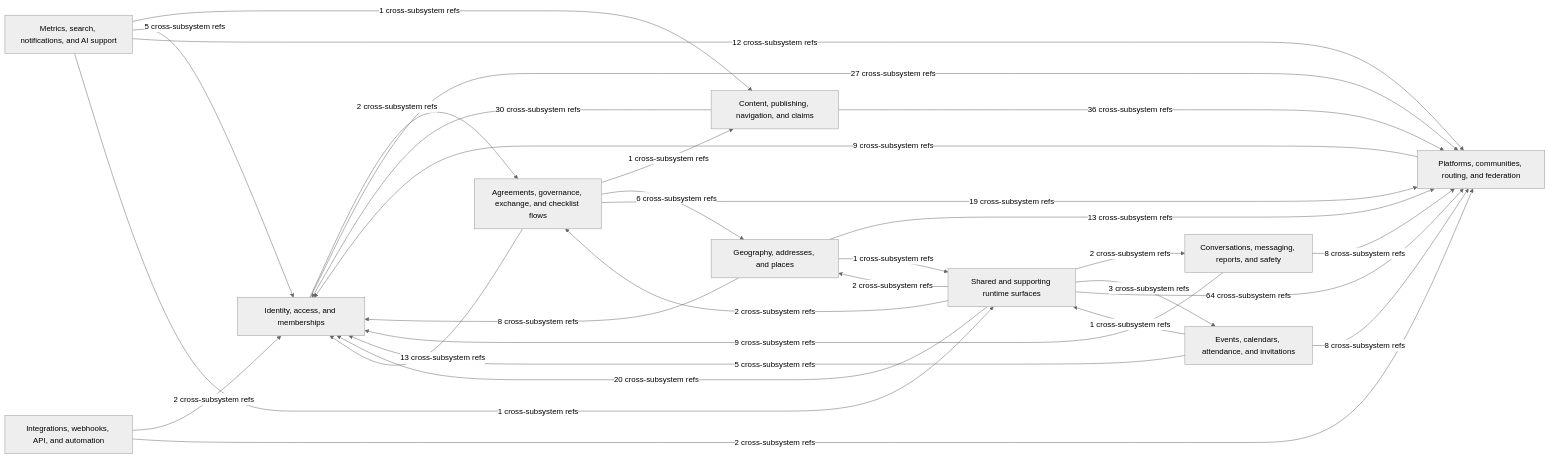
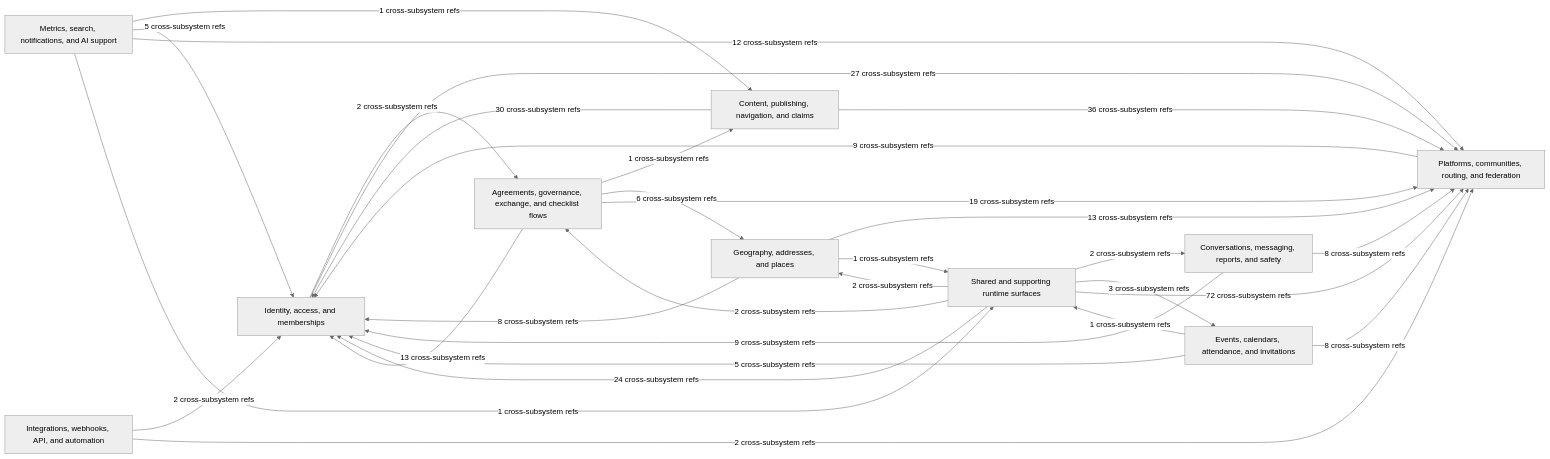
One commit to better-together-org/community-engine-rails changed the diagram in docs/diagrams/source/ce_subsystem_interaction_map.mmd. Above: the diagram before and after it, drawn with Mermaid (neutral theme). The commit also changed 135 other files, not shown here.

```diff
--- a/docs/diagrams/source/ce_subsystem_interaction_map.mmd
+++ b/docs/diagrams/source/ce_subsystem_interaction_map.mmd
@@ -1,42 +1,42 @@
 %% Generated by scripts/export_subsystem_diagrams.rb
 flowchart LR
   identity_access["Identity, access, and memberships"]
   platform_network["Platforms, communities, routing, and federation"]
   content_publishing["Content, publishing, navigation, and claims"]
   geography_and_places["Geography, addresses, and places"]
   events_calendar["Events, calendars, attendance, and invitations"]
   conversations_safety["Conversations, messaging, reports, and safety"]
   exchange_governance["Agreements, governance, exchange, and checklist flows"]
   metrics_search_ai["Metrics, search, notifications, and AI support"]
   integrations_webhooks["Integrations, webhooks, API, and automation"]
   shared_supporting["Shared and supporting runtime surfaces"]
 
   content_publishing -->|30 cross-subsystem refs| identity_access
   content_publishing -->|36 cross-subsystem refs| platform_network
   conversations_safety -->|9 cross-subsystem refs| identity_access
   conversations_safety -->|8 cross-subsystem refs| platform_network
   events_calendar -->|5 cross-subsystem refs| identity_access
   events_calendar -->|8 cross-subsystem refs| platform_network
   events_calendar -->|1 cross-subsystem refs| shared_supporting
   exchange_governance -->|1 cross-subsystem refs| content_publishing
   exchange_governance -->|6 cross-subsystem refs| geography_and_places
   exchange_governance -->|13 cross-subsystem refs| identity_access
   exchange_governance -->|19 cross-subsystem refs| platform_network
   geography_and_places -->|8 cross-subsystem refs| identity_access
   geography_and_places -->|13 cross-subsystem refs| platform_network
   geography_and_places -->|1 cross-subsystem refs| shared_supporting
   identity_access -->|2 cross-subsystem refs| exchange_governance
   identity_access -->|27 cross-subsystem refs| platform_network
   integrations_webhooks -->|2 cross-subsystem refs| identity_access
   integrations_webhooks -->|2 cross-subsystem refs| platform_network
   metrics_search_ai -->|1 cross-subsystem refs| content_publishing
   metrics_search_ai -->|5 cross-subsystem refs| identity_access
   metrics_search_ai -->|12 cross-subsystem refs| platform_network
   metrics_search_ai -->|1 cross-subsystem refs| shared_supporting
   platform_network -->|9 cross-subsystem refs| identity_access
   shared_supporting -->|2 cross-subsystem refs| conversations_safety
   shared_supporting -->|3 cross-subsystem refs| events_calendar
   shared_supporting -->|2 cross-subsystem refs| exchange_governance
   shared_supporting -->|2 cross-subsystem refs| geography_and_places
-  shared_supporting -->|20 cross-subsystem refs| identity_access
-  shared_supporting -->|64 cross-subsystem refs| platform_network
+  shared_supporting -->|24 cross-subsystem refs| identity_access
+  shared_supporting -->|72 cross-subsystem refs| platform_network
```
